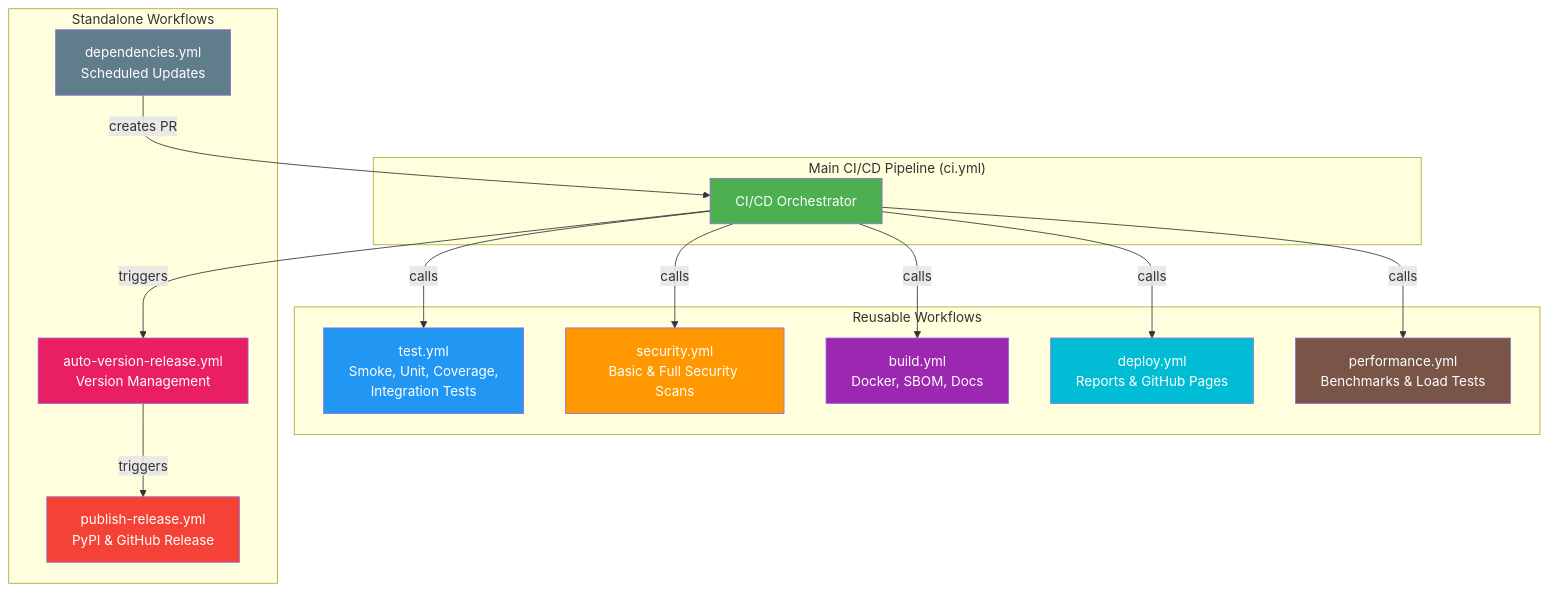
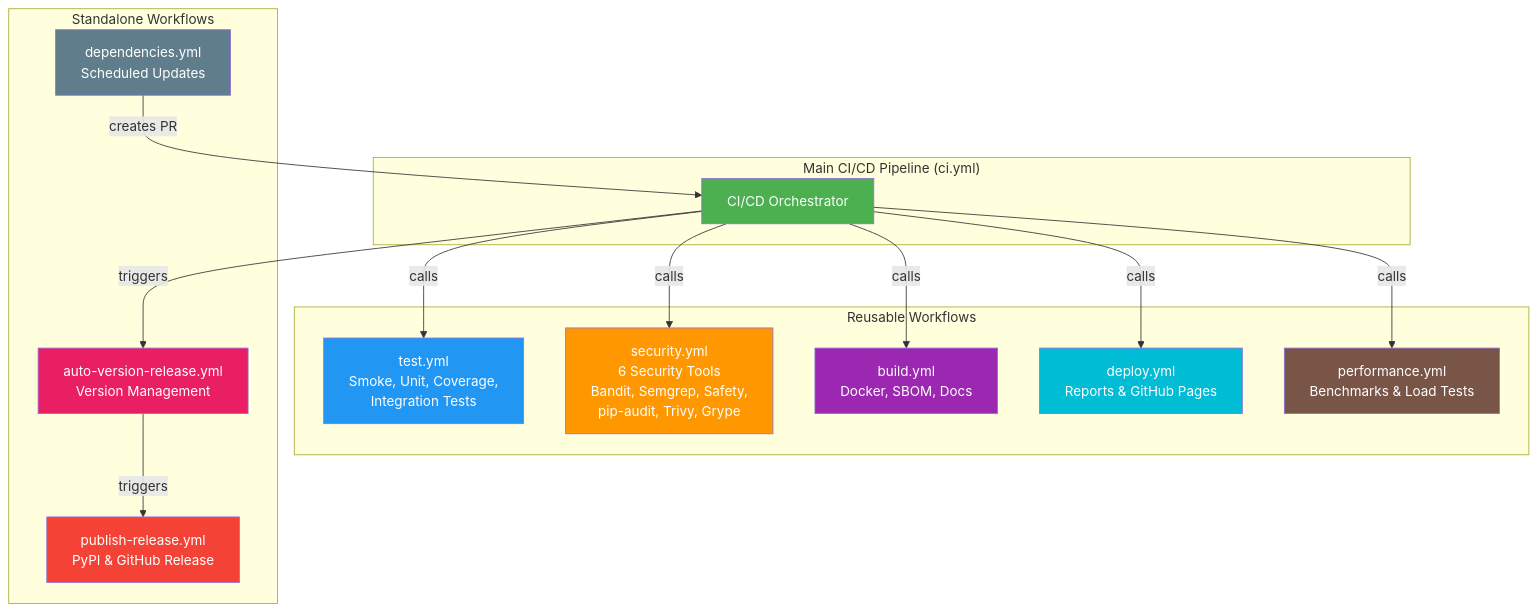
One commit to jim-wyatt/msn-weather-wrapper changed the second of 3 diagrams in docs/WORKFLOW_DIAGRAM.md. Above: the diagram before and after it, drawn with Mermaid. The commit also changed other lines of this file, not shown here.

First line of the commit message:
docs: update architecture diagram with security tools details

````diff
--- a/docs/WORKFLOW_DIAGRAM.md
+++ b/docs/WORKFLOW_DIAGRAM.md
@@ -183,39 +183,39 @@
 ```mermaid
 graph TB
     subgraph "Main CI/CD Pipeline (ci.yml)"
         CI[CI/CD Orchestrator]
     end
 
     subgraph "Reusable Workflows"
         TEST[test.yml<br/>Smoke, Unit, Coverage,<br/>Integration Tests]
-        SEC[security.yml<br/>Basic & Full Security Scans]
+        SEC[security.yml<br/>6 Security Tools<br/>Bandit, Semgrep, Safety,<br/>pip-audit, Trivy, Grype]
         BUILD[build.yml<br/>Docker, SBOM, Docs]
         DEPLOY[deploy.yml<br/>Reports & GitHub Pages]
         PERF[performance.yml<br/>Benchmarks & Load Tests]
     end
 
     subgraph "Standalone Workflows"
         DEP[dependencies.yml<br/>Scheduled Updates]
         AUTO[auto-version-release.yml<br/>Version Management]
         PUB[publish-release.yml<br/>PyPI & GitHub Release]
     end
 
     CI -->|calls| TEST
     CI -->|calls| SEC
     CI -->|calls| BUILD
     CI -->|calls| DEPLOY
     CI -->|calls| PERF
     CI -->|triggers| AUTO
     AUTO -->|triggers| PUB
     DEP -->|creates PR| CI
 
     style CI fill:#4CAF50,color:#fff
     style TEST fill:#2196F3,color:#fff
     style SEC fill:#FF9800,color:#fff
     style BUILD fill:#9C27B0,color:#fff
     style DEPLOY fill:#00BCD4,color:#fff
     style PERF fill:#795548,color:#fff
     style DEP fill:#607D8B,color:#fff
     style AUTO fill:#E91E63,color:#fff
     style PUB fill:#F44336,color:#fff
 ```
````
